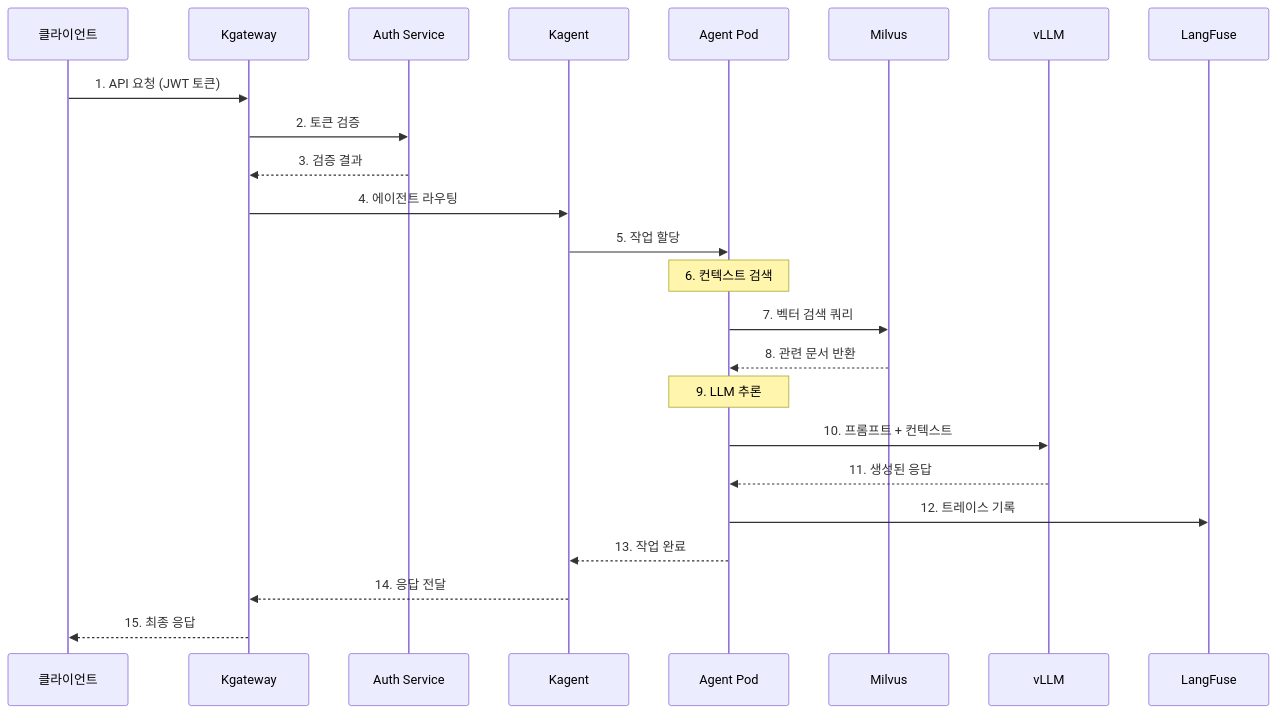
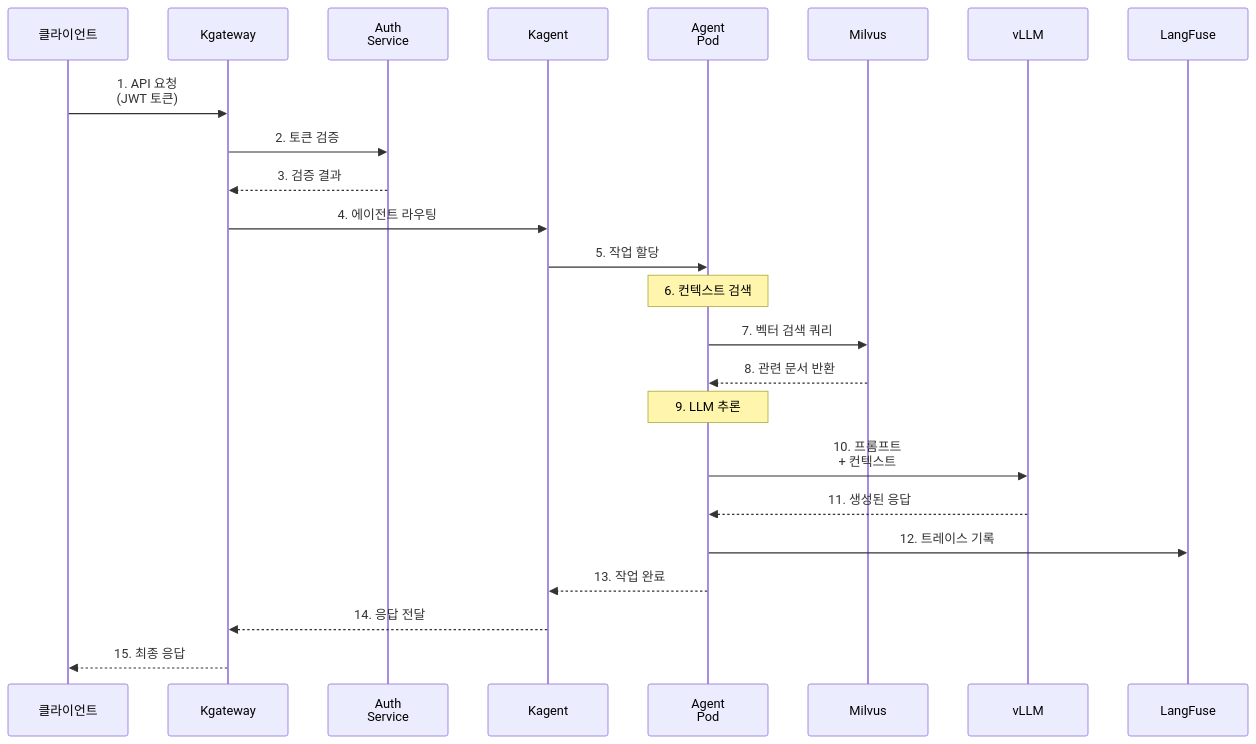
The tenth of 10 diagrams in docs/agentic-ai-platform/design-architecture/agentic-platform-architecture.md (devfloor9/engineering-playbook), drawn with Mermaid before and after one commit. The commit also changed other lines of this file and 24 other files, not shown here.

````diff
--- a/docs/agentic-ai-platform/design-architecture/agentic-platform-architecture.md
+++ b/docs/agentic-ai-platform/design-architecture/agentic-platform-architecture.md
@@ -962,30 +962,30 @@
 ```mermaid
 sequenceDiagram
     participant Client as 클라이언트
     participant Gateway as Kgateway
-    participant Auth as Auth Service
+    participant Auth as Auth<br/>Service
     participant Kagent as Kagent
-    participant Agent as Agent Pod
+    participant Agent as Agent<br/>Pod
     participant Milvus as Milvus
     participant LLM as vLLM
     participant LangFuse as LangFuse
 
-    Client->>Gateway: 1. API 요청 (JWT 토큰)
+    Client->>Gateway: 1. API 요청<br/>(JWT 토큰)
     Gateway->>Auth: 2. 토큰 검증
     Auth-->>Gateway: 3. 검증 결과
     Gateway->>Kagent: 4. 에이전트 라우팅
     Kagent->>Agent: 5. 작업 할당
 
     Note over Agent: 6. 컨텍스트 검색
     Agent->>Milvus: 7. 벡터 검색 쿼리
     Milvus-->>Agent: 8. 관련 문서 반환
 
     Note over Agent: 9. LLM 추론
-    Agent->>LLM: 10. 프롬프트 + 컨텍스트
+    Agent->>LLM: 10. 프롬프트<br/>+ 컨텍스트
     LLM-->>Agent: 11. 생성된 응답
 
     Agent->>LangFuse: 12. 트레이스 기록
     Agent-->>Kagent: 13. 작업 완료
     Kagent-->>Gateway: 14. 응답 전달
     Gateway-->>Client: 15. 최종 응답
 ```
````
